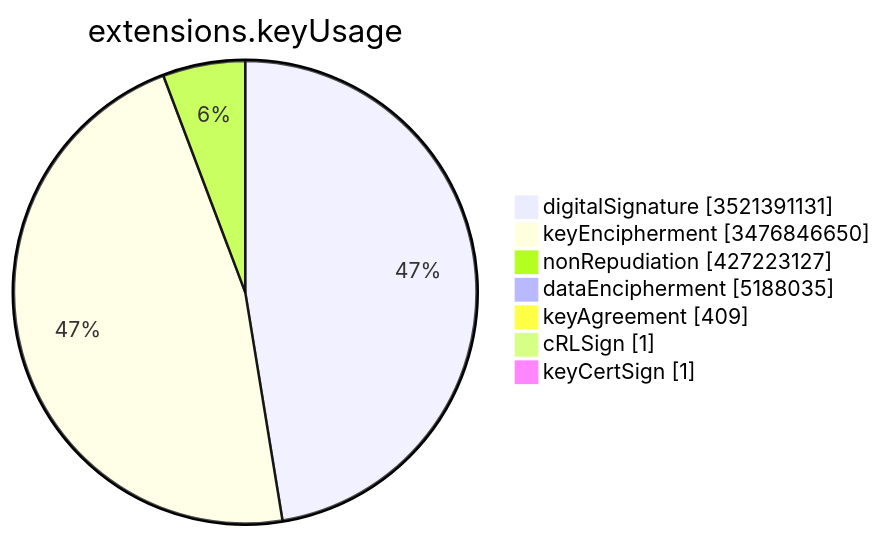
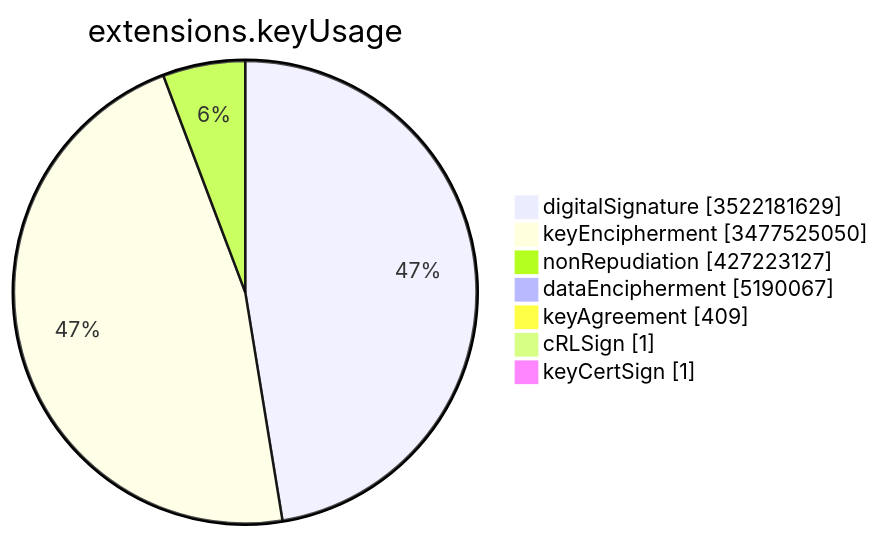
The sixth of 15 diagrams in TOTAL/README.md (christiankrug/ctmonitor_visualization), drawn with Mermaid before and after one commit. The commit also changed other lines of this file, not shown here.

````diff
--- a/TOTAL/README.md
+++ b/TOTAL/README.md
@@ -3083,11 +3083,11 @@
 ```mermaid
 pie showData
 title extensions.keyUsage
-"digitalSignature" :3521391131
-"keyEncipherment" :3476846650
+"digitalSignature" :3522181629
+"keyEncipherment" :3477525050
 "nonRepudiation" :427223127
-"dataEncipherment" :5188035
+"dataEncipherment" :5190067
 "keyAgreement" :409
 "cRLSign" :1
 "keyCertSign" :1
 ```
````
